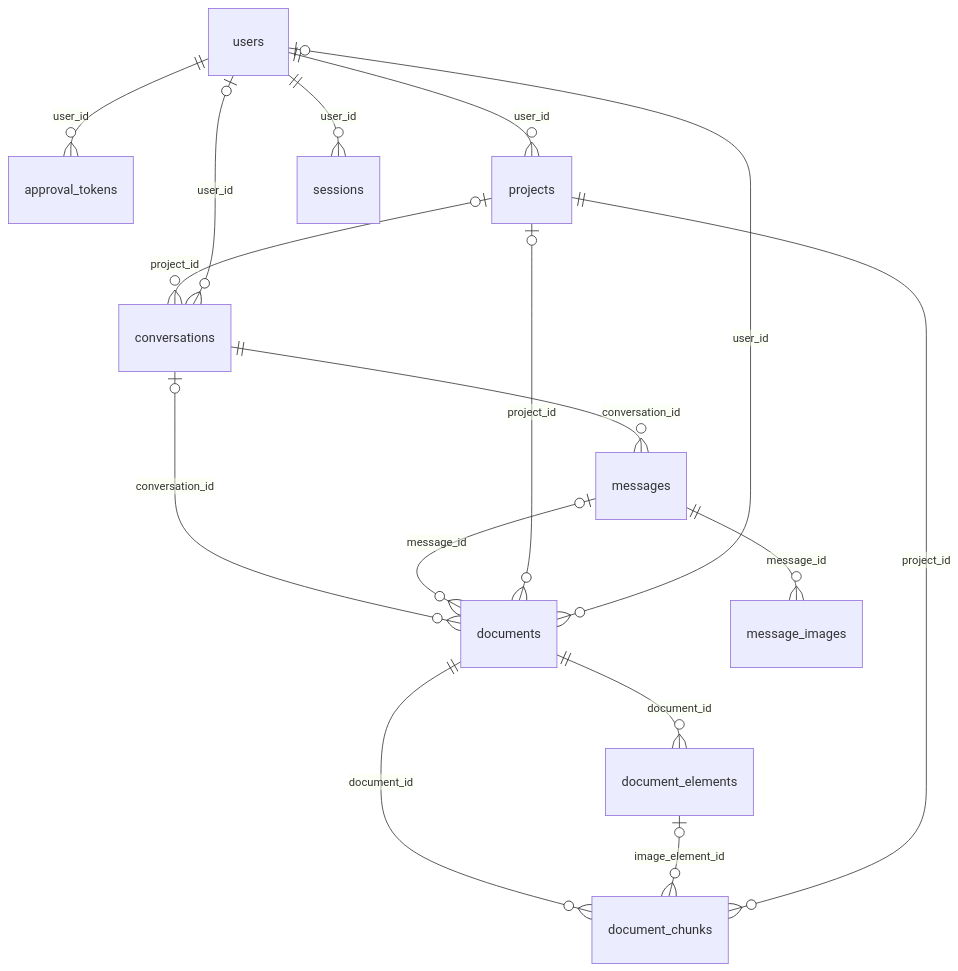
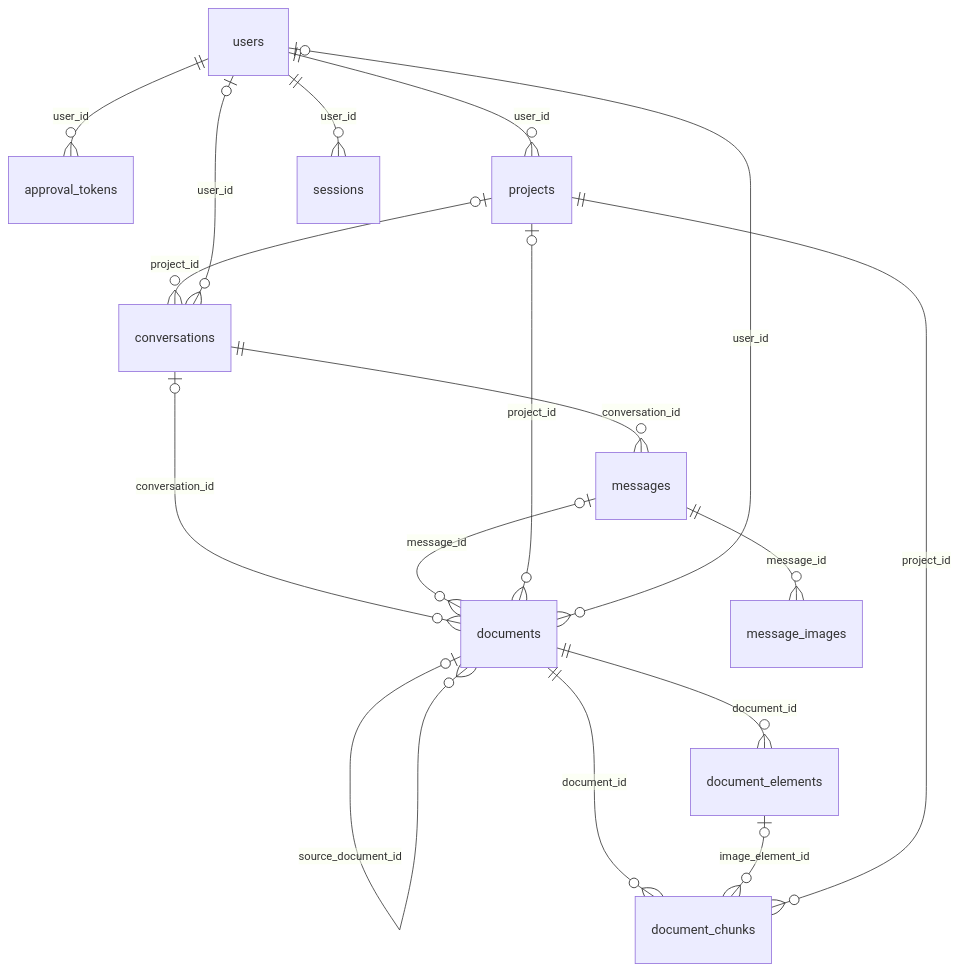
Before and after one commit to okdoittttt/apogee-deck: the first of 5 diagrams in docs/data/erd.md, drawn with Mermaid. The commit also changed other lines of this file and 26 other files, not shown here.

````diff
--- a/docs/data/erd.md
+++ b/docs/data/erd.md
@@ -26,18 +26,19 @@
 ```mermaid
 erDiagram
     users ||--o{ approval_tokens : "user_id"
     users ||--o{ projects : "user_id"
     users ||--o{ sessions : "user_id"
     projects o|--o{ conversations : "project_id"
     users o|--o{ conversations : "user_id"
     conversations ||--o{ messages : "conversation_id"
     conversations o|--o{ documents : "conversation_id"
     messages o|--o{ documents : "message_id"
     projects o|--o{ documents : "project_id"
+    documents o|--o{ documents : "source_document_id"
     users o|--o{ documents : "user_id"
     messages ||--o{ message_images : "message_id"
     documents ||--o{ document_elements : "document_id"
     documents ||--o{ document_chunks : "document_id"
     document_elements o|--o{ document_chunks : "image_element_id"
     projects ||--o{ document_chunks : "project_id"
 ```
````
